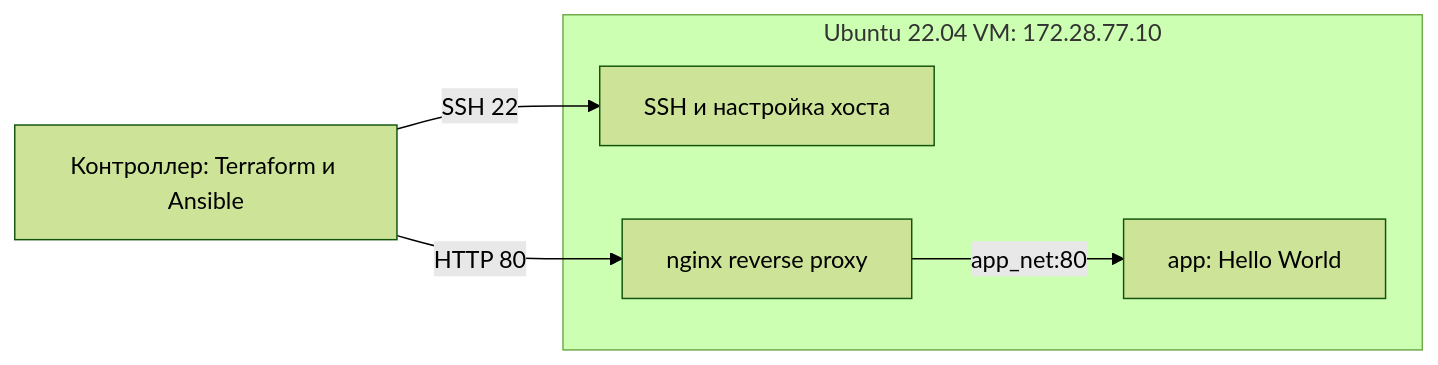
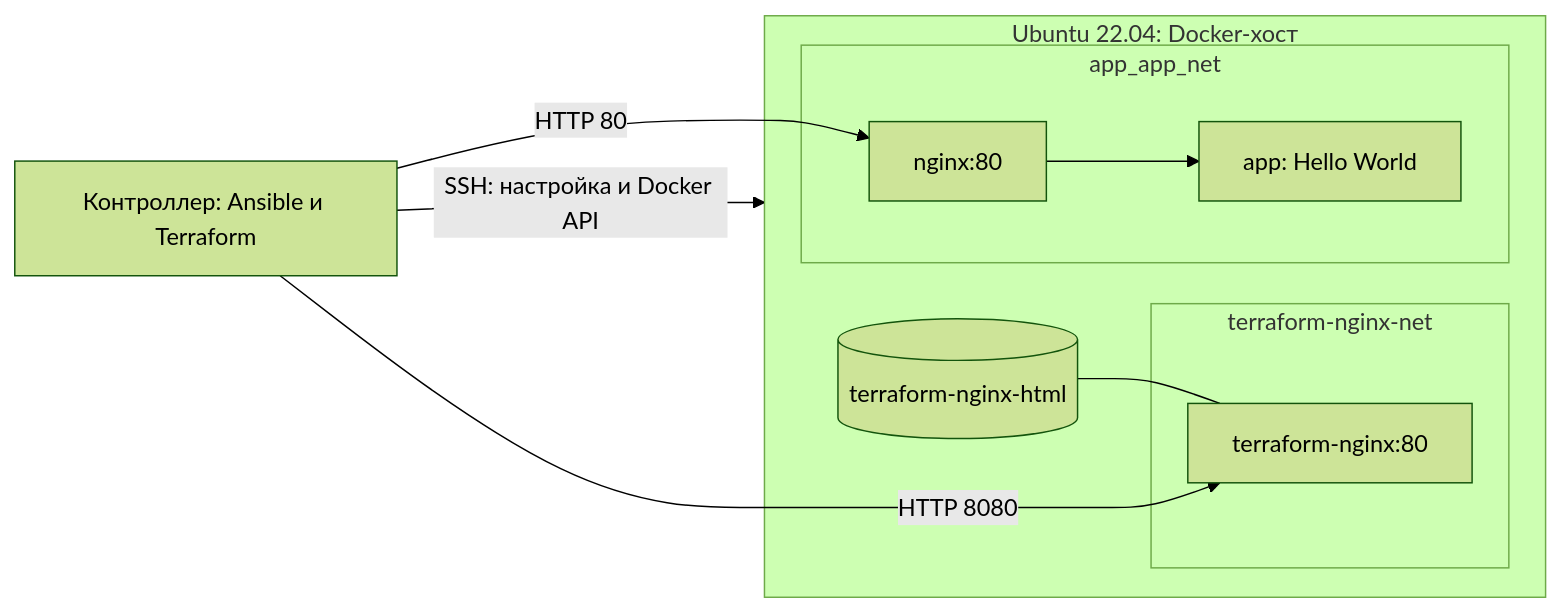
The diagram in README.md (Topperoo/devops-infrastructure), drawn with Mermaid (forest theme) before and after one commit. The commit also changed other lines of this file and 45 other files, not shown here.

````diff
--- a/README.md
+++ b/README.md
@@ -9,10 +7,16 @@
 ```mermaid
 flowchart LR
-    Host[Контроллер: Terraform и Ansible]
-    subgraph VM[Ubuntu 22.04 VM: 172.28.77.10]
-        SSH[SSH и настройка хоста]
-        Proxy[nginx reverse proxy] -->|app_net:80| App[app: Hello World]
+    Controller[Контроллер: Ansible и Terraform]
+    subgraph Host[Ubuntu 22.04: Docker-хост]
+        subgraph TFNet[terraform-nginx-net]
+            TFNginx[terraform-nginx:80]
+        end
+        Volume[(terraform-nginx-html)] --- TFNginx
+        subgraph ComposeNet[app_app_net]
+            Proxy[nginx:80] --> App[app: Hello World]
+        end
     end
-    Host -->|SSH 22| SSH
-    Host -->|HTTP 80| Proxy
+    Controller -->|SSH: настройка и Docker API| Host
+    Controller -->|HTTP 8080| TFNginx
+    Controller -->|HTTP 80| Proxy
 ```
````
